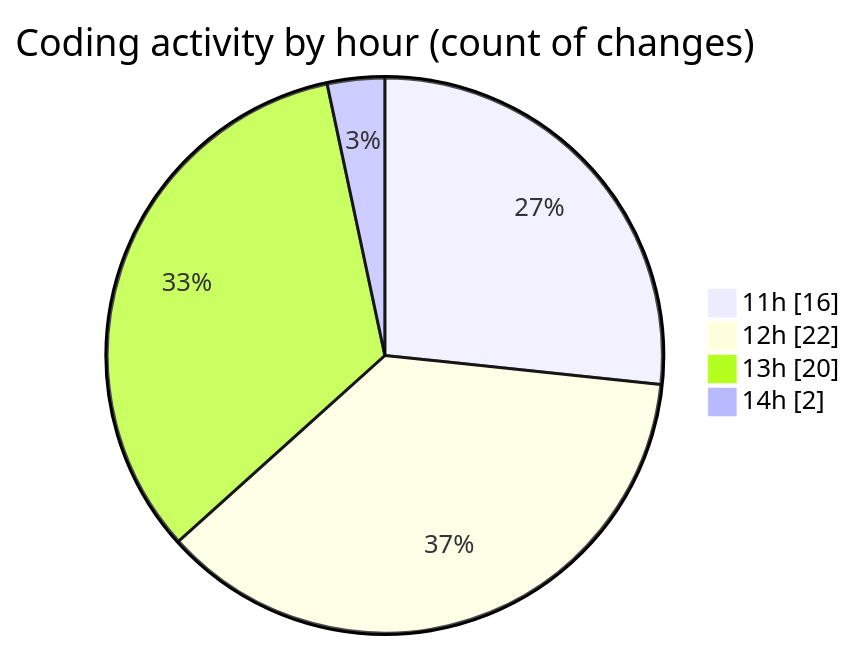
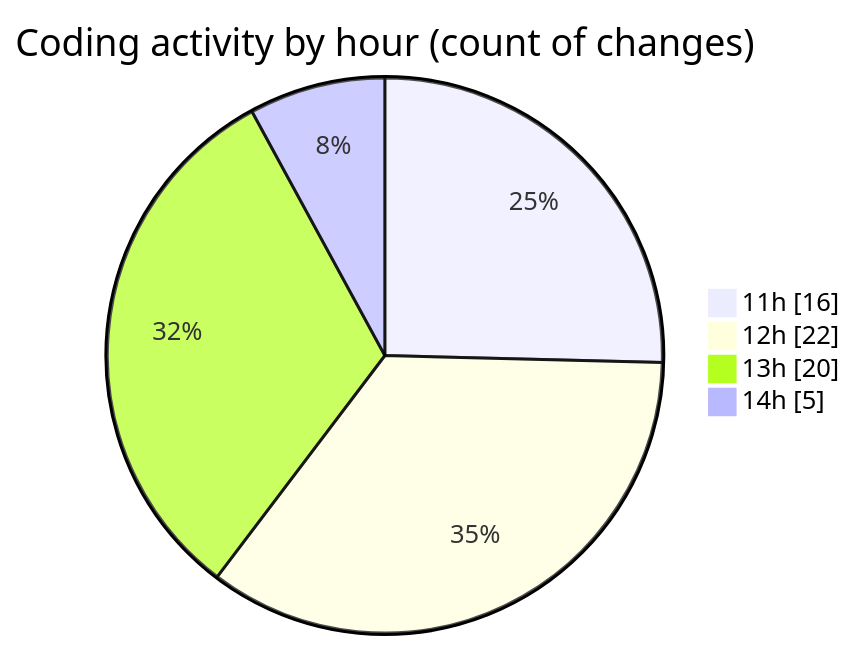
Before and after one commit to donsfak/code-tracking: the second of 2 diagrams in 2025-03-25/wordle/README.md, drawn with Mermaid. The commit also changed other lines of this file and 1 other file, not shown here.

````diff
--- a/2025-03-25/wordle/README.md
+++ b/2025-03-25/wordle/README.md
@@ -34,8 +34,8 @@
 ```mermaid
 pie showData
 title Coding activity by hour (count of changes)
 "11h" : 16
 "12h" : 22
 "13h" : 20
-"14h" : 2
+"14h" : 5
 ```
````
